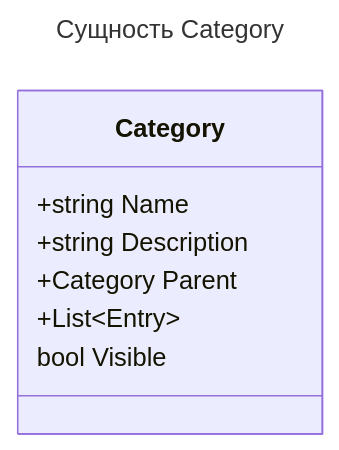
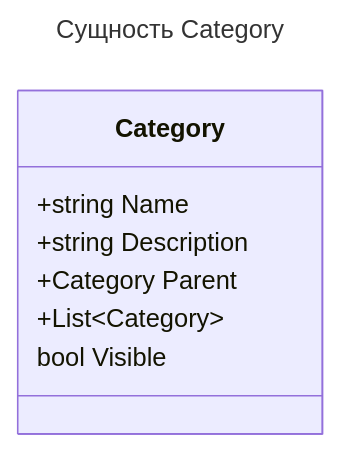
The second of 6 diagrams in readme.md (GitHubVasilev/Blog), drawn with Mermaid before and after one commit. The commit also changed other lines of this file and 16 other files, not shown here.

````diff
--- a/readme.md
+++ b/readme.md
@@ -123,13 +123,13 @@
 ``` mermaid
 ---
 title: Сущность Category
 ---
 classDiagram
 class Category {
 	+string Name
 	+string Description
     +Category Parent
-	+List~Entry~
+	+List~Category~
 	bool Visible
 }
 ```
````
